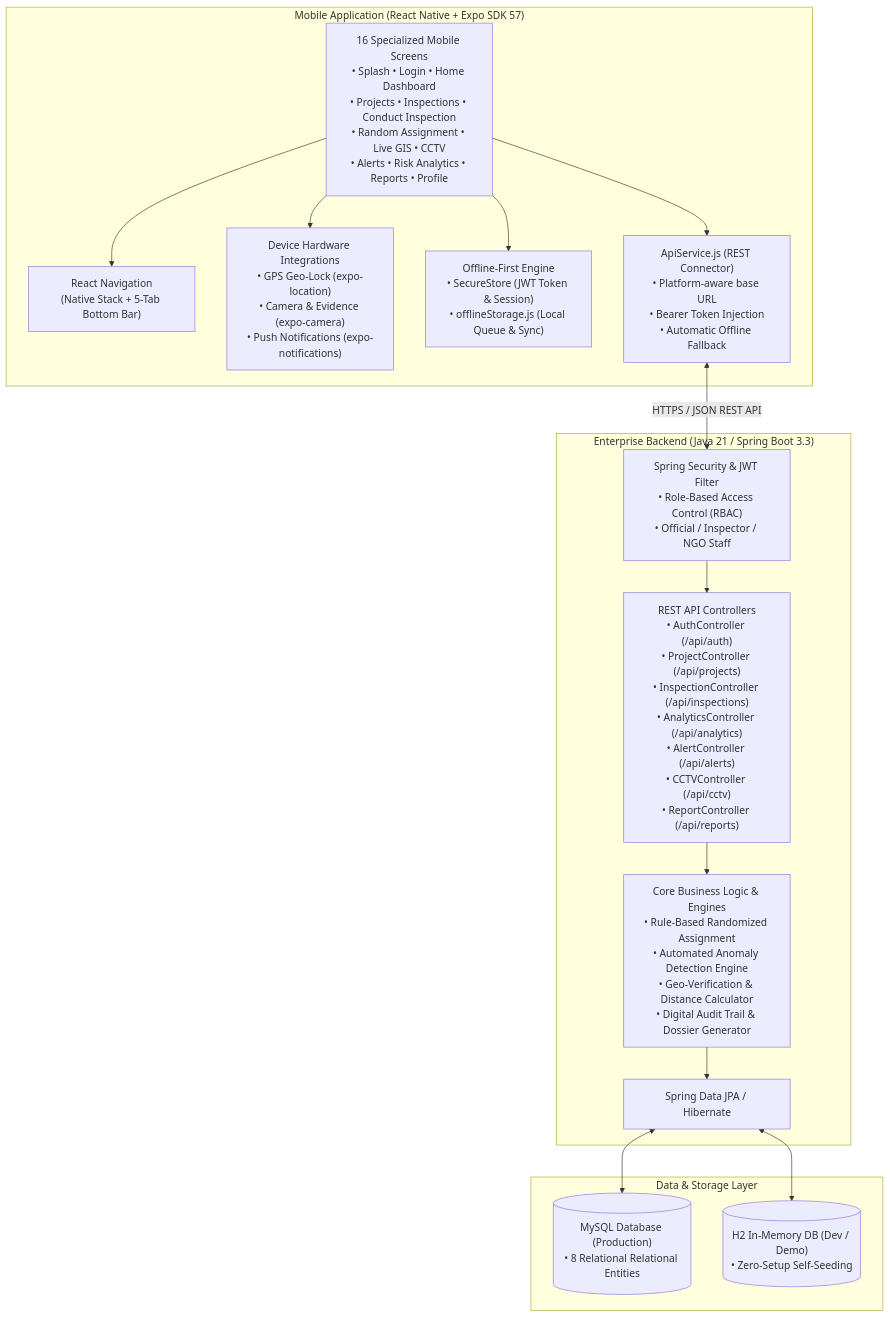
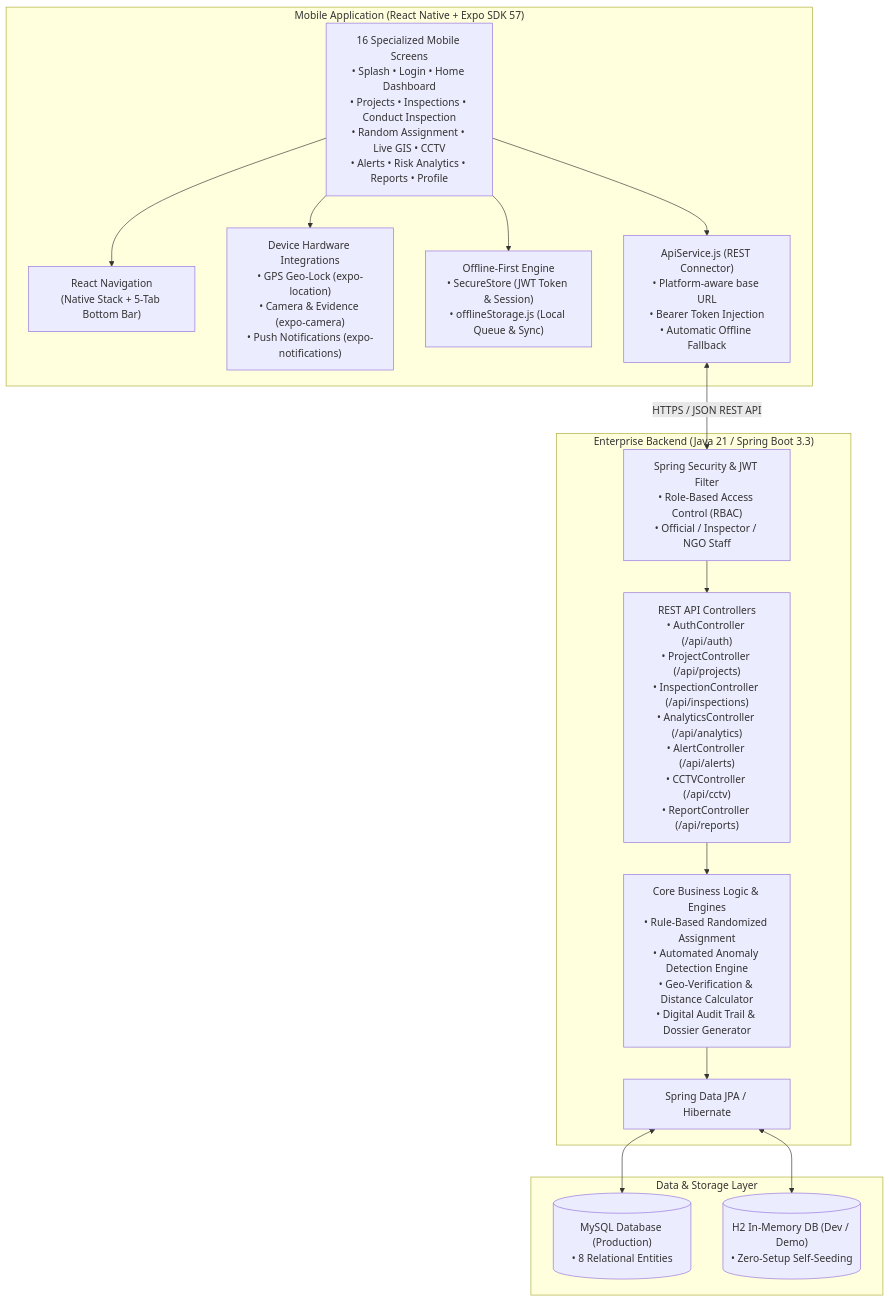
One commit to Vivek999671/Build-with-Bharat-2.0 changed the diagram in README.md. Above: the diagram before and after it, drawn with Mermaid. The commit also changed other lines of this file and 28 other files, not shown here.

````diff
--- a/README.md
+++ b/README.md
@@ -9,33 +139,33 @@
 ```mermaid
 flowchart TD
     subgraph MobileClient ["Mobile Application (React Native + Expo SDK 57)"]
         UI["16 Specialized Mobile Screens<br/>• Splash • Login • Home Dashboard<br/>• Projects • Inspections • Conduct Inspection<br/>• Random Assignment • Live GIS • CCTV<br/>• Alerts • Risk Analytics • Reports • Profile"]
         Nav["React Navigation<br/>(Native Stack + 5-Tab Bottom Bar)"]
         Hardware["Device Hardware Integrations<br/>• GPS Geo-Lock (expo-location)<br/>• Camera & Evidence (expo-camera)<br/>• Push Notifications (expo-notifications)"]
         Offline["Offline-First Engine<br/>• SecureStore (JWT Token & Session)<br/>• offlineStorage.js (Local Queue & Sync)"]
         RESTClient["ApiService.js (REST Connector)<br/>• Platform-aware base URL<br/>• Bearer Token Injection<br/>• Automatic Offline Fallback"]
     end
 
     subgraph BackendAPI ["Enterprise Backend (Java 21 / Spring Boot 3.3)"]
         Security["Spring Security & JWT Filter<br/>• Role-Based Access Control (RBAC)<br/>• Official / Inspector / NGO Staff"]
         Controllers["REST API Controllers<br/>• AuthController (/api/auth)<br/>• ProjectController (/api/projects)<br/>• InspectionController (/api/inspections)<br/>• AnalyticsController (/api/analytics)<br/>• AlertController (/api/alerts)<br/>• CCTVController (/api/cctv)<br/>• ReportController (/api/reports)"]
         BusinessEngines["Core Business Logic & Engines<br/>• Rule-Based Randomized Assignment<br/>• Automated Anomaly Detection Engine<br/>• Geo-Verification & Distance Calculator<br/>• Digital Audit Trail & Dossier Generator"]
         DataLayer["Spring Data JPA / Hibernate"]
     end
 
     subgraph Persistence ["Data & Storage Layer"]
-        MySQL[("MySQL Database (Production)<br/>• 8 Relational Relational Entities")]
+        MySQL[("MySQL Database (Production)<br/>• 8 Relational Entities")]
         H2[("H2 In-Memory DB (Dev / Demo)<br/>• Zero-Setup Self-Seeding")]
     end
 
     UI --> Nav
     UI --> Hardware
     UI --> Offline
     UI --> RESTClient
     RESTClient <-->|HTTPS / JSON REST API| Security
     Security --> Controllers
     Controllers --> BusinessEngines
     BusinessEngines --> DataLayer
     DataLayer <--> MySQL
     DataLayer <--> H2
 ```
````
